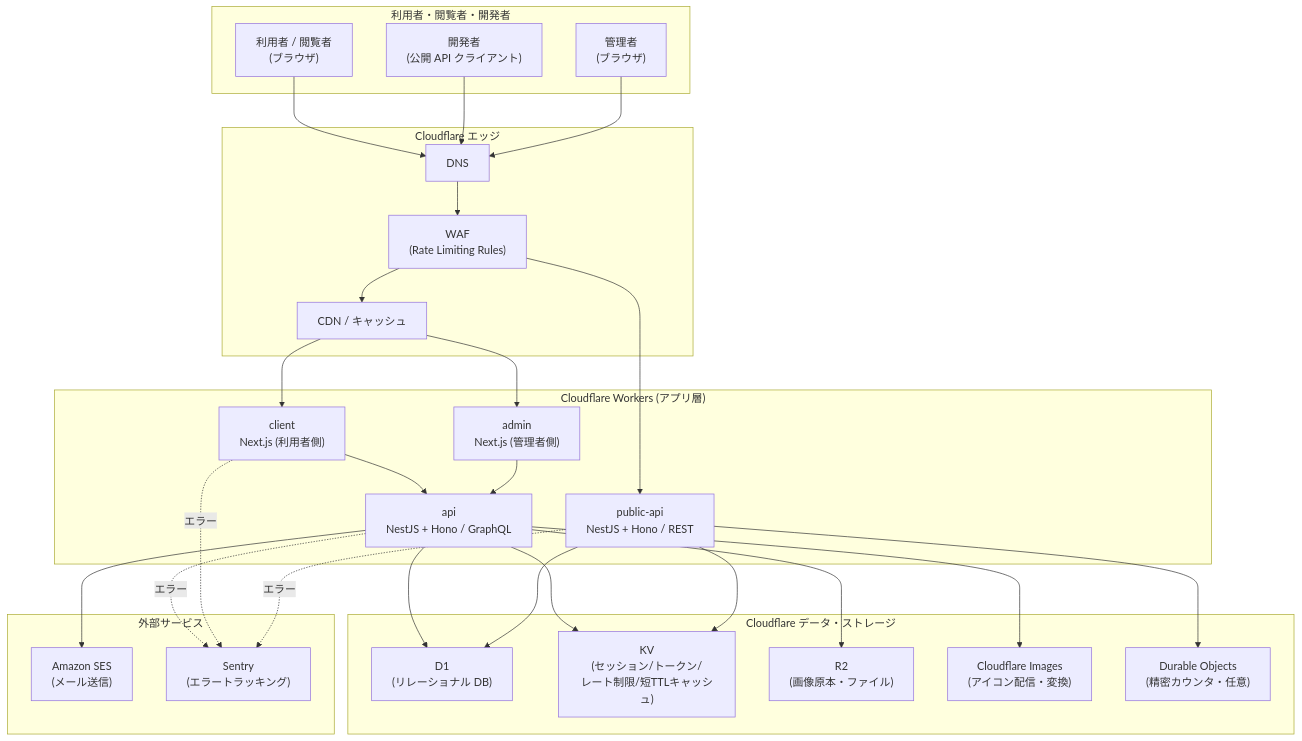
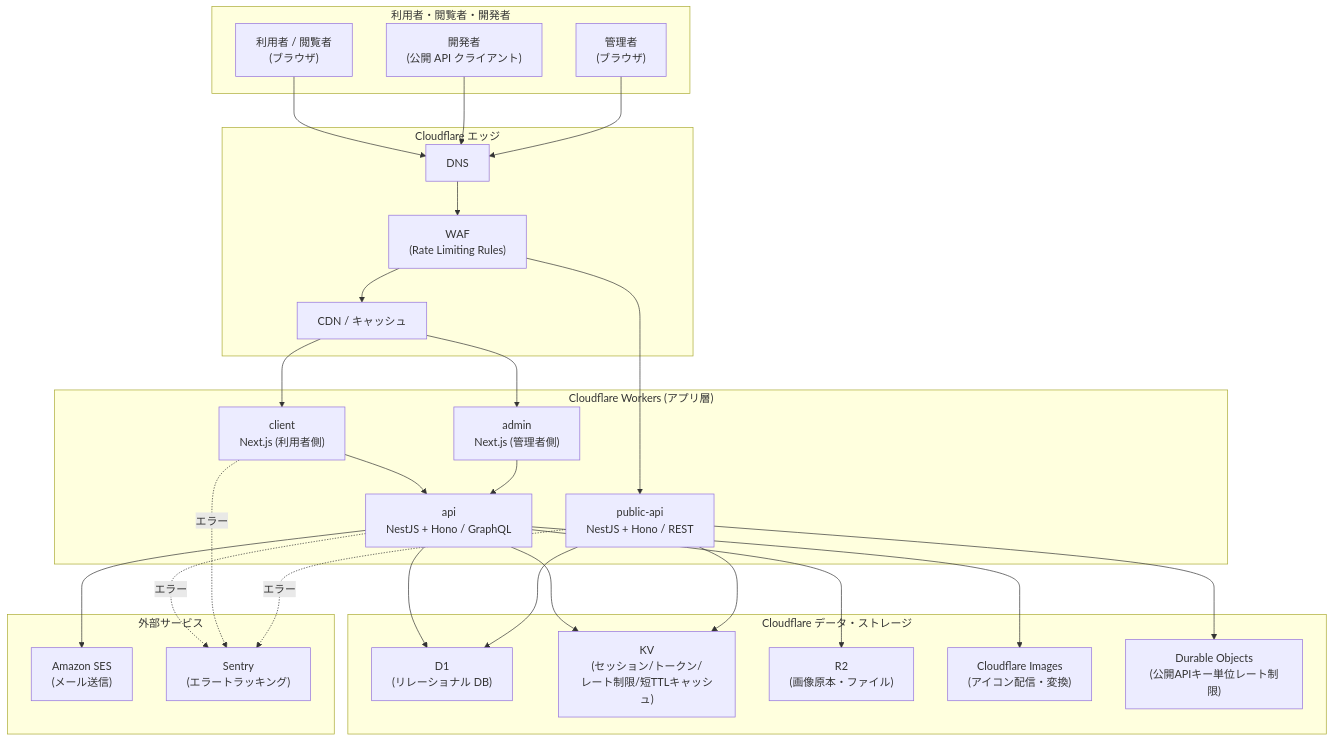
One commit to kurachiweb/genai-example-1-profile-community changed the first of 2 diagrams in docs/GUIDES/infra/00-overview.md. Above: the diagram before and after it, drawn with Mermaid. The commit also changed other lines of this file and 5 other files, not shown here.

````diff
--- a/docs/GUIDES/infra/00-overview.md
+++ b/docs/GUIDES/infra/00-overview.md
@@ -14,54 +14,54 @@
 ```mermaid
 flowchart TB
     subgraph client_side["利用者・閲覧者・開発者"]
         U1["利用者 / 閲覧者<br/>(ブラウザ)"]
         U2["開発者<br/>(公開 API クライアント)"]
         U3["管理者<br/>(ブラウザ)"]
     end
 
     subgraph edge["Cloudflare エッジ"]
         DNS["DNS"]
         WAF["WAF<br/>(Rate Limiting Rules)"]
         CDN["CDN / キャッシュ"]
     end
 
     subgraph workers["Cloudflare Workers (アプリ層)"]
         CLIENT["client<br/>Next.js (利用者側)"]
         ADMIN["admin<br/>Next.js (管理者側)"]
         API["api<br/>NestJS + Hono / GraphQL"]
         PUBAPI["public-api<br/>NestJS + Hono / REST"]
     end
 
     subgraph data["Cloudflare データ・ストレージ"]
         D1["D1<br/>(リレーショナル DB)"]
         KV["KV<br/>(セッション/トークン/<br/>レート制限/短TTLキャッシュ)"]
         R2["R2<br/>(画像原本・ファイル)"]
         IMG["Cloudflare Images<br/>(アイコン配信・変換)"]
-        DO["Durable Objects<br/>(精密カウンタ・任意)"]
+        DO["Durable Objects<br/>(公開APIキー単位レート制限)"]
     end
 
     subgraph external["外部サービス"]
         SES["Amazon SES<br/>(メール送信)"]
         SENTRY["Sentry<br/>(エラートラッキング)"]
     end
 
     U1 --> DNS --> WAF --> CDN
     U2 --> DNS
     U3 --> DNS
     CDN --> CLIENT
     CDN --> ADMIN
     WAF --> PUBAPI
     CLIENT --> API
     ADMIN --> API
     API --> D1
     API --> KV
     API --> R2
     API --> IMG
     PUBAPI --> D1
     PUBAPI --> KV
     PUBAPI --> DO
     API --> SES
     API -.エラー.-> SENTRY
     CLIENT -.エラー.-> SENTRY
     PUBAPI -.エラー.-> SENTRY
 ```
````
